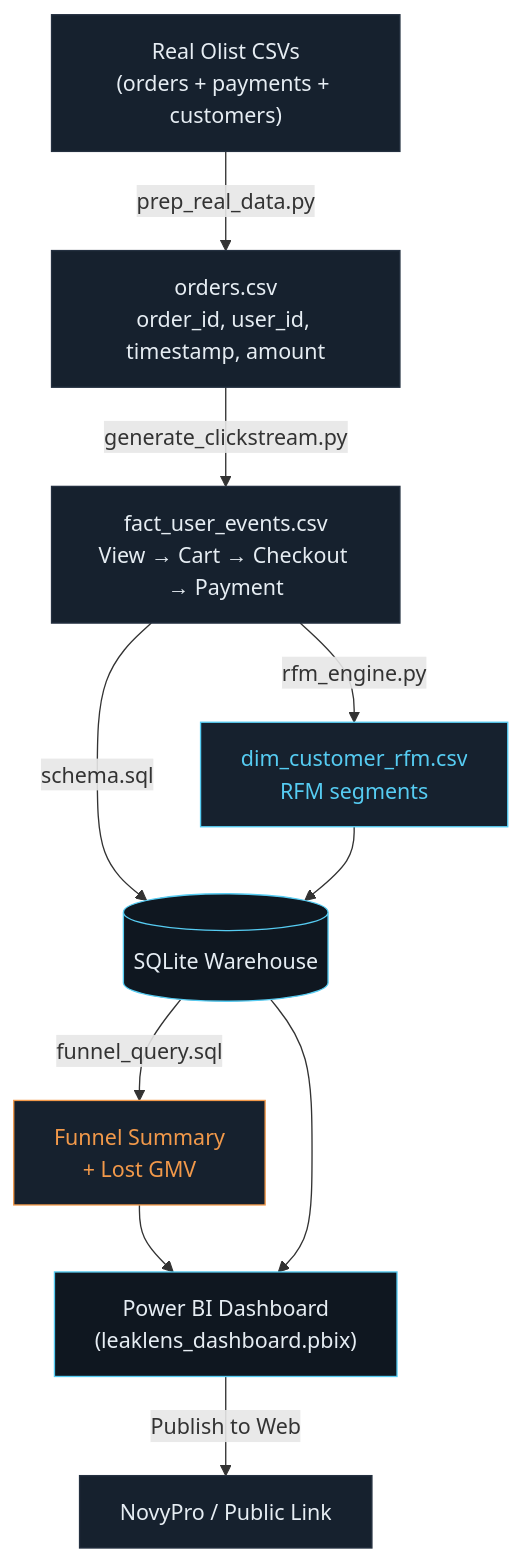
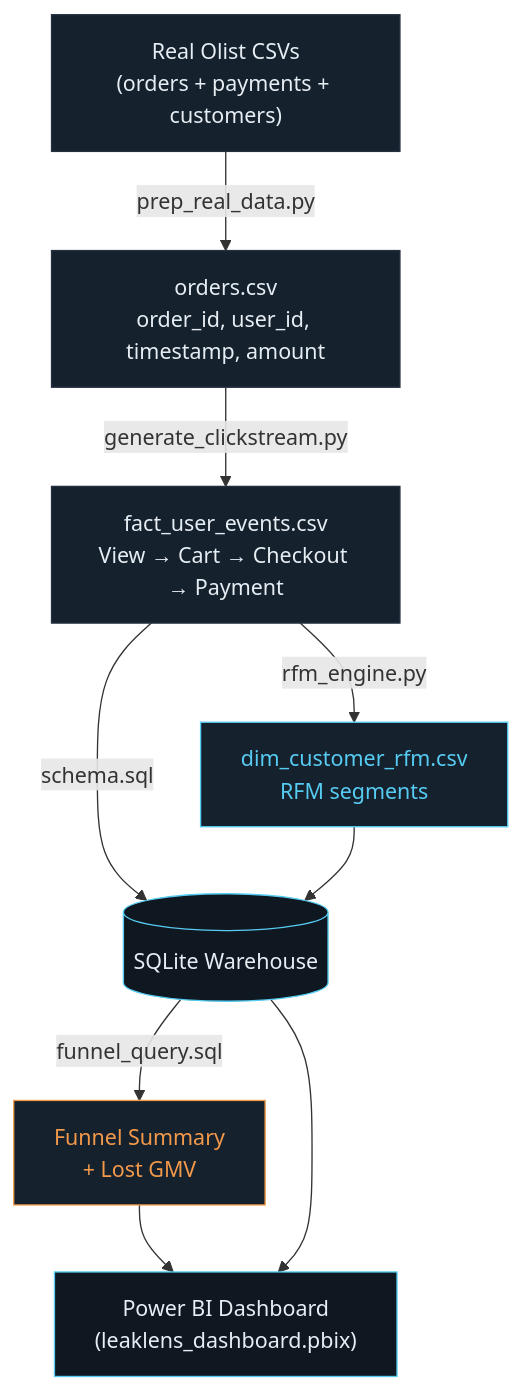
The diagram in README.md (sAryan6394/leaklens), drawn with Mermaid before and after one commit. The commit also changed other lines of this file, not shown here.

````diff
--- a/README.md
+++ b/README.md
@@ -8,21 +22,19 @@
 ```mermaid
 flowchart TD
     A["Real Olist CSVs<br/>(orders + payments + customers)"] -->|"prep_real_data.py"| B["orders.csv<br/>order_id, user_id, timestamp, amount"]
     B -->|"generate_clickstream.py"| C["fact_user_events.csv<br/>View → Cart → Checkout → Payment"]
     C -->|"schema.sql"| D[("SQLite Warehouse")]
     D -->|"funnel_query.sql"| E["Funnel Summary<br/>+ Lost GMV"]
     C -->|"rfm_engine.py"| F["dim_customer_rfm.csv<br/>RFM segments"]
     F --> D
     E --> G["Power BI Dashboard<br/>(leaklens_dashboard.pbix)"]
     D --> G
-    G -->|"Publish to Web"| H["NovyPro / Public Link"]
 
     style A fill:#16212E,stroke:#243040,color:#E6EDF3
     style B fill:#16212E,stroke:#243040,color:#E6EDF3
     style C fill:#16212E,stroke:#243040,color:#E6EDF3
     style D fill:#0F1720,stroke:#56CCF2,color:#E6EDF3
     style E fill:#16212E,stroke:#F2994A,color:#F2994A
     style F fill:#16212E,stroke:#56CCF2,color:#56CCF2
     style G fill:#0F1720,stroke:#56CCF2,color:#E6EDF3
-    style H fill:#16212E,stroke:#243040,color:#E6EDF3
 ```
````
